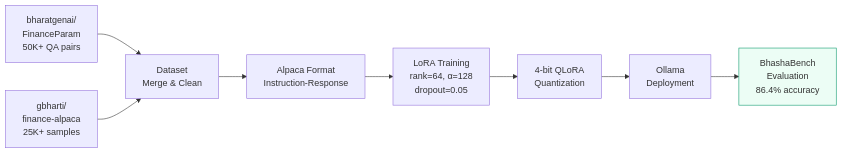
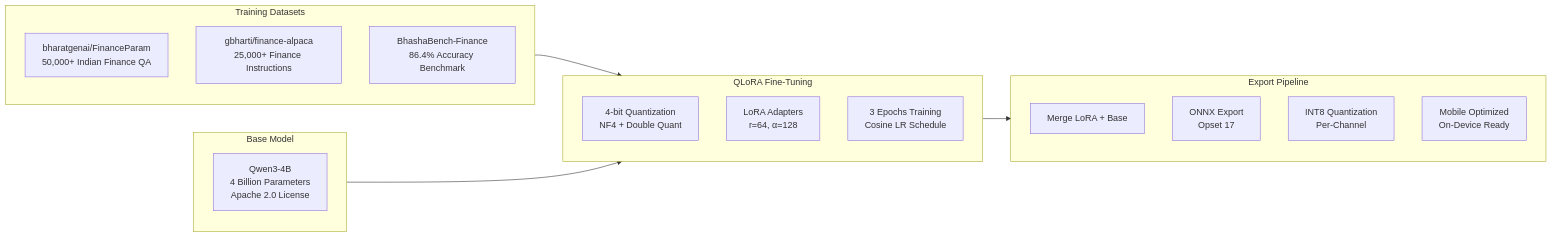
Before and after one commit to yashrao2607/arthsathi: the eighth of 15 diagrams in README.md, drawn with Mermaid. The commit also changed other lines of this file and 4 other files, not shown here.

````diff
--- a/README.md
+++ b/README.md
@@ -130,12 +616,29 @@
 ```mermaid
 graph LR
-    D1["bharatgenai/<br/>FinanceParam<br/>50K+ QA pairs"] --> Merge["Dataset<br/>Merge & Clean"]
-    D2["gbharti/<br/>finance-alpaca<br/>25K+ samples"] --> Merge
-    Merge --> Format["Alpaca Format<br/>Instruction-Response"]
-    Format --> LoRA["LoRA Training<br/>rank=64, α=128<br/>dropout=0.05"]
-    LoRA --> QLoRA["4-bit QLoRA<br/>Quantization"]
-    QLoRA --> Deploy["Ollama<br/>Deployment"]
-    Deploy --> Eval["BhashaBench<br/>Evaluation<br/>86.4% accuracy"]
+    subgraph Base["Base Model"]
+        Qwen["Qwen3-4B<br/>4 Billion Parameters<br/>Apache 2.0 License"]
+    end
 
-    style Eval fill:#ecfdf5,stroke:#059669
+    subgraph Datasets["Training Datasets"]
+        FP["bharatgenai/FinanceParam<br/>50,000+ Indian Finance QA"]
+        FA["gbharti/finance-alpaca<br/>25,000+ Finance Instructions"]
+        BB["BhashaBench-Finance<br/>86.4% Accuracy Benchmark"]
+    end
+
+    subgraph Training["QLoRA Fine-Tuning"]
+        Q4["4-bit Quantization<br/>NF4 + Double Quant"]
+        LoRA["LoRA Adapters<br/>r=64, α=128"]
+        Train["3 Epochs Training<br/>Cosine LR Schedule"]
+    end
+
+    subgraph Export["Export Pipeline"]
+        Merge["Merge LoRA + Base"]
+        ONNX["ONNX Export<br/>Opset 17"]
+        Quant["INT8 Quantization<br/>Per-Channel"]
+        Mobile["Mobile Optimized<br/>On-Device Ready"]
+    end
+
+    Datasets --> Training
+    Base --> Training
+    Training --> Export
 ```
````
